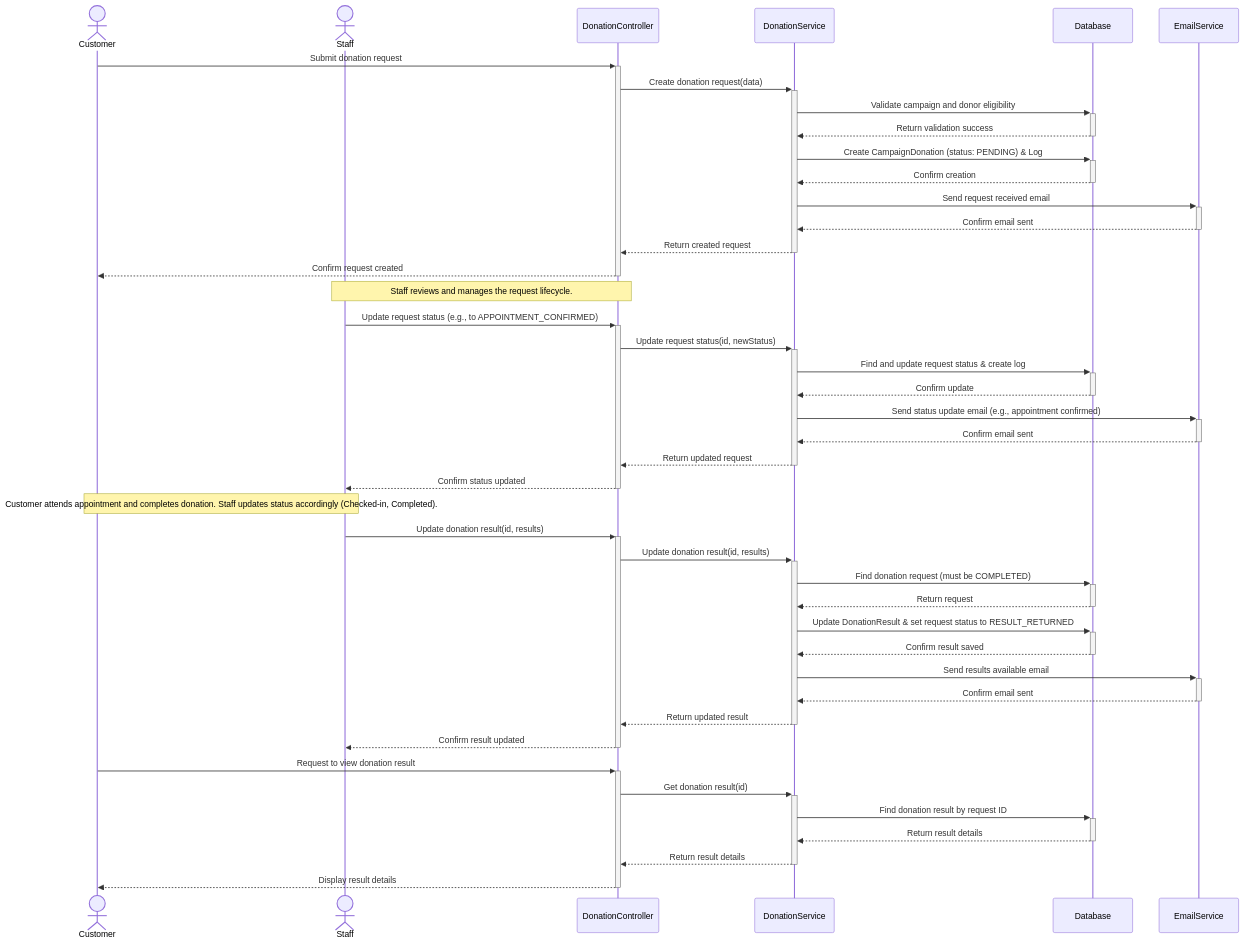
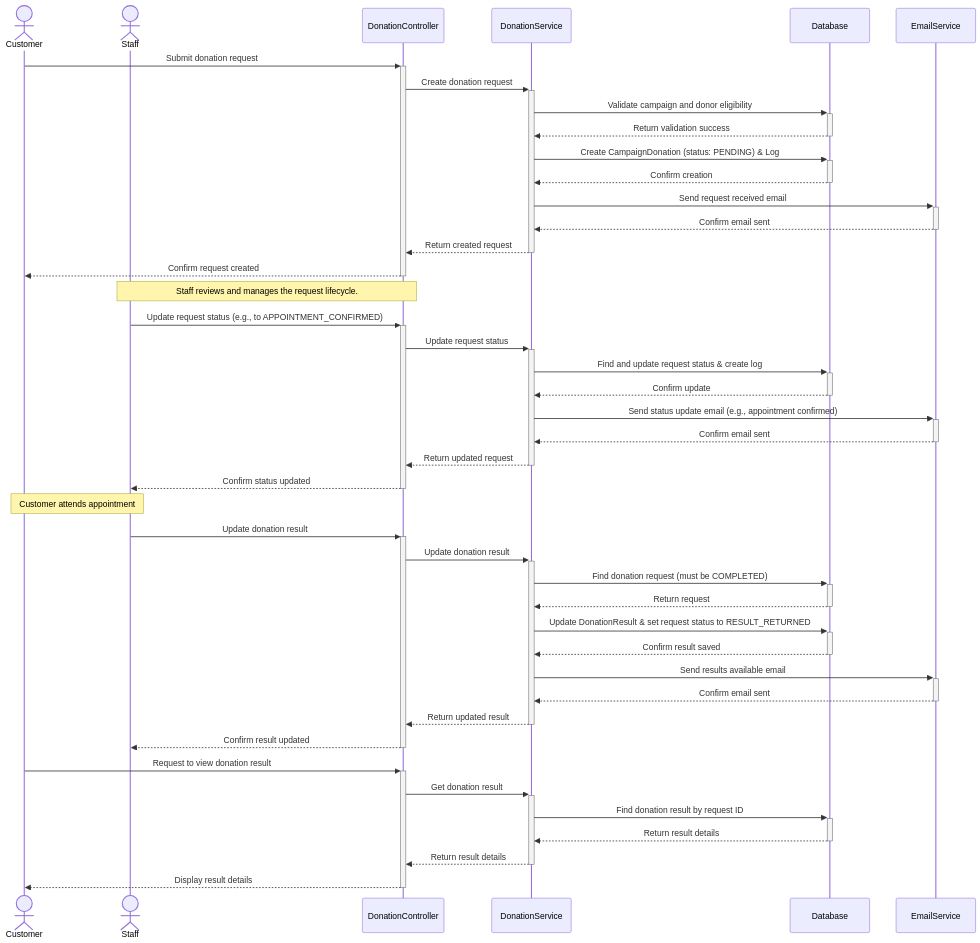
Before and after one commit to phamnguyenviethung/bloodlink-be: the first of 3 diagrams in docs/DONATION_FLOW.md, drawn with Mermaid. The commit also changed 1 other file, not shown here.

Commit message:
Refine donation request sequence diagram by removing redundant parameters in interactions

````diff
--- a/docs/DONATION_FLOW.md
+++ b/docs/DONATION_FLOW.md
@@ -5,55 +5,55 @@
 ```mermaid
 sequenceDiagram
     actor Customer
     actor Staff
     participant DonationController
     participant DonationService
     participant Database
     participant EmailService
 
     %% --- 1. Customer Creates Donation Request ---
     Customer->>+DonationController: Submit donation request
-    DonationController->>+DonationService: Create donation request(data)
+    DonationController->>+DonationService: Create donation request
     DonationService->>+Database: Validate campaign and donor eligibility
     Database-->>-DonationService: Return validation success
     DonationService->>+Database: Create CampaignDonation (status: PENDING) & Log
     Database-->>-DonationService: Confirm creation
     DonationService->>+EmailService: Send request received email
     EmailService-->>-DonationService: Confirm email sent
     DonationService-->>-DonationController: Return created request
     DonationController-->>-Customer: Confirm request created
 
     %% --- 2. Staff Manages Request ---
     Note over Staff, DonationController: Staff reviews and manages the request lifecycle.
 
     Staff->>+DonationController: Update request status (e.g., to APPOINTMENT_CONFIRMED)
-    DonationController->>+DonationService: Update request status(id, newStatus)
+    DonationController->>+DonationService: Update request status
     DonationService->>+Database: Find and update request status & create log
     Database-->>-DonationService: Confirm update
     DonationService->>+EmailService: Send status update email (e.g., appointment confirmed)
     EmailService-->>-DonationService: Confirm email sent
     DonationService-->>-DonationController: Return updated request
     DonationController-->>-Staff: Confirm status updated
 
-    Note over Customer, Staff: Customer attends appointment and completes donation. Staff updates status accordingly (Checked-in, Completed).
+    Note over Customer, Staff: Customer attends appointment
 
     %% --- 3. Staff Updates Results ---
-    Staff->>+DonationController: Update donation result(id, results)
-    DonationController->>+DonationService: Update donation result(id, results)
+    Staff->>+DonationController: Update donation result
+    DonationController->>+DonationService: Update donation result
     DonationService->>+Database: Find donation request (must be COMPLETED)
     Database-->>-DonationService: Return request
     DonationService->>+Database: Update DonationResult & set request status to RESULT_RETURNED
     Database-->>-DonationService: Confirm result saved
     DonationService->>+EmailService: Send results available email
     EmailService-->>-DonationService: Confirm email sent
     DonationService-->>-DonationController: Return updated result
     DonationController-->>-Staff: Confirm result updated
 
     %% --- 4. Customer Views Results ---
     Customer->>+DonationController: Request to view donation result
-    DonationController->>+DonationService: Get donation result(id)
+    DonationController->>+DonationService: Get donation result
     DonationService->>+Database: Find donation result by request ID
     Database-->>-DonationService: Return result details
     DonationService-->>-DonationController: Return result details
     DonationController-->>-Customer: Display result details
 ```
````
